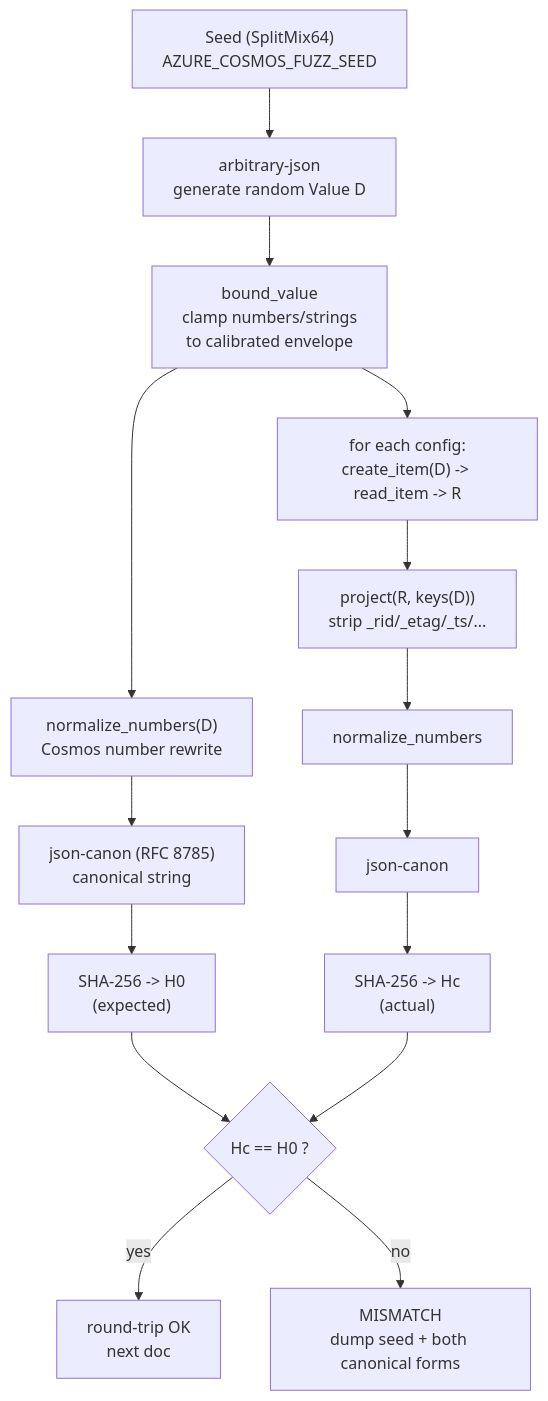
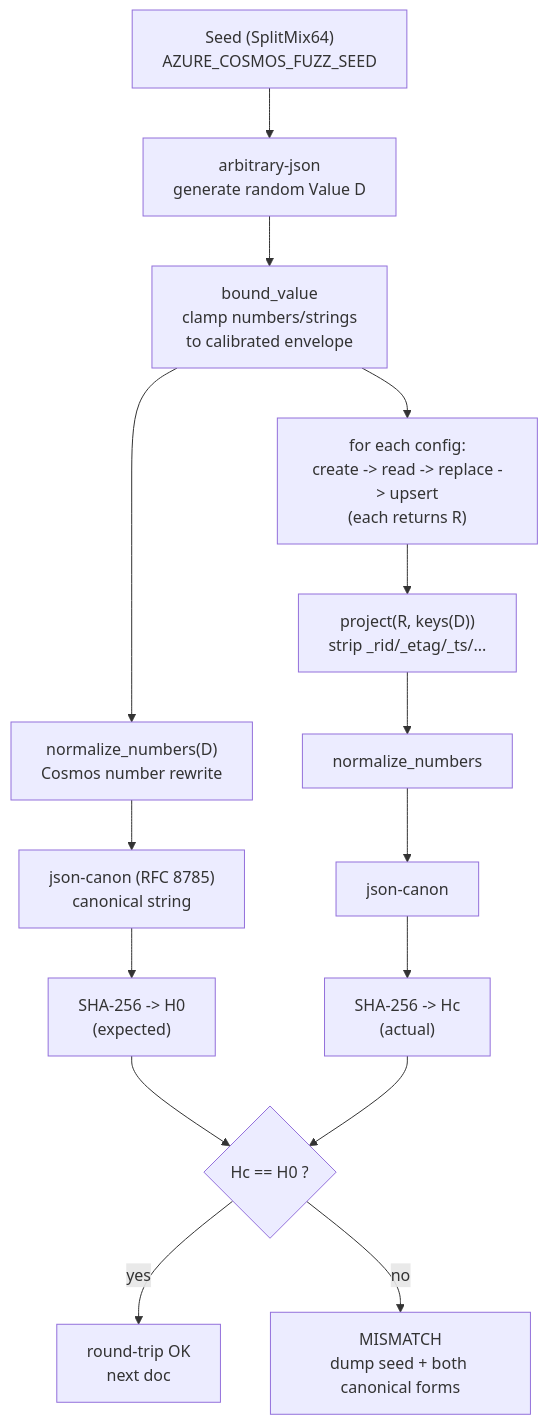
Before and after one commit to Azure/azure-sdk-for-rust: the first of 4 diagrams in sdk/cosmos/azure_data_cosmos_driver/docs/BINARY_ENCODING_ROUNDTRIP_FUZZER.md, drawn with Mermaid. The commit also changed other lines of this file and 1 other file, not shown here.

First line of the commit message:
test(cosmos-perf): exercise all four binary point ops in the fuzzer (create/read/replace/upsert)

````diff
--- a/sdk/cosmos/azure_data_cosmos_driver/docs/BINARY_ENCODING_ROUNDTRIP_FUZZER.md
+++ b/sdk/cosmos/azure_data_cosmos_driver/docs/BINARY_ENCODING_ROUNDTRIP_FUZZER.md
@@ -98,19 +106,19 @@
 ```mermaid
 flowchart TD
     SEED["Seed (SplitMix64)\nAZURE_COSMOS_FUZZ_SEED"] --> GEN
     GEN["arbitrary-json\ngenerate random Value D"] --> BOUND["bound_value\nclamp numbers/strings\nto calibrated envelope"]
     BOUND --> NORM0["normalize_numbers(D)\nCosmos number rewrite"]
     NORM0 --> CANON0["json-canon (RFC 8785)\ncanonical string"]
     CANON0 --> HASH0["SHA-256 -> H0\n(expected)"]
 
-    BOUND --> STORE["for each config:\ncreate_item(D) -> read_item -> R"]
+    BOUND --> STORE["for each config:\ncreate -> read -> replace -> upsert\n(each returns R)"]
     STORE --> PROJ["project(R, keys(D))\nstrip _rid/_etag/_ts/..."]
     PROJ --> NORM1["normalize_numbers"]
     NORM1 --> CANON1["json-canon"]
     CANON1 --> HASH1["SHA-256 -> Hc\n(actual)"]
 
     HASH0 --> CMP{"Hc == H0 ?"}
     HASH1 --> CMP
     CMP -->|yes| OK["round-trip OK\nnext doc"]
     CMP -->|no| FAIL["MISMATCH\ndump seed + both canonical forms"]
 ```
````
